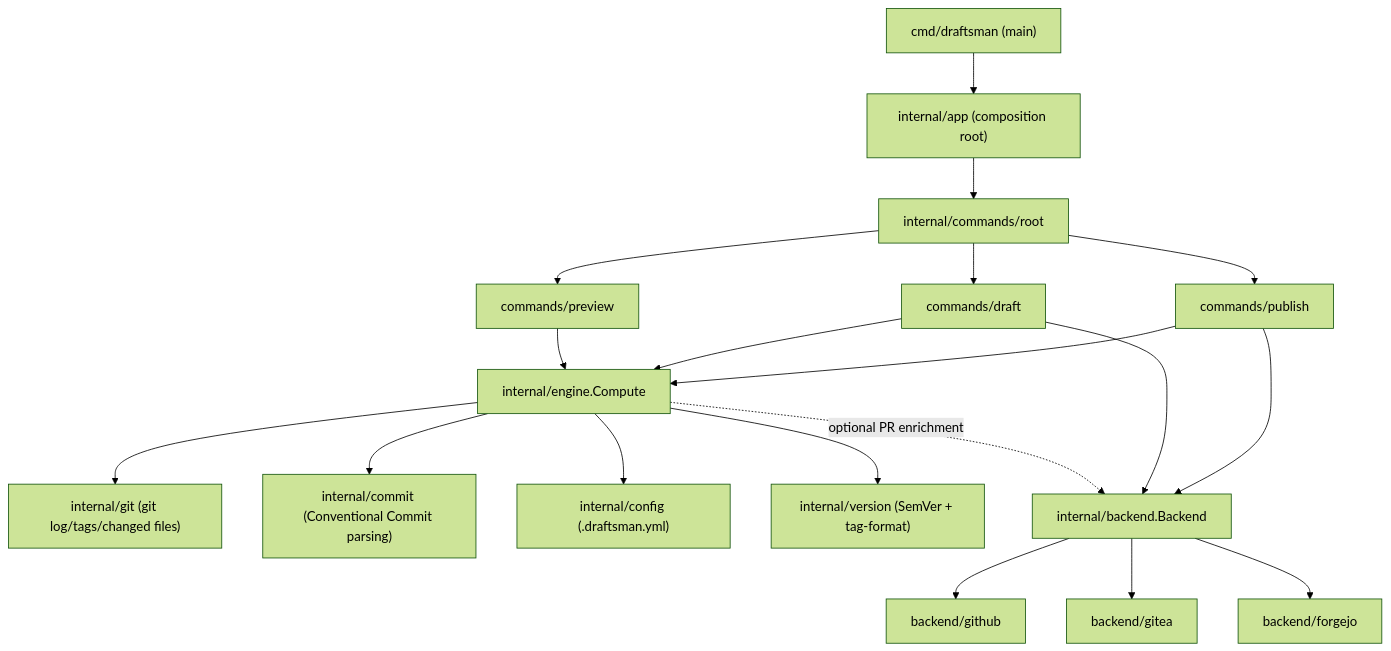
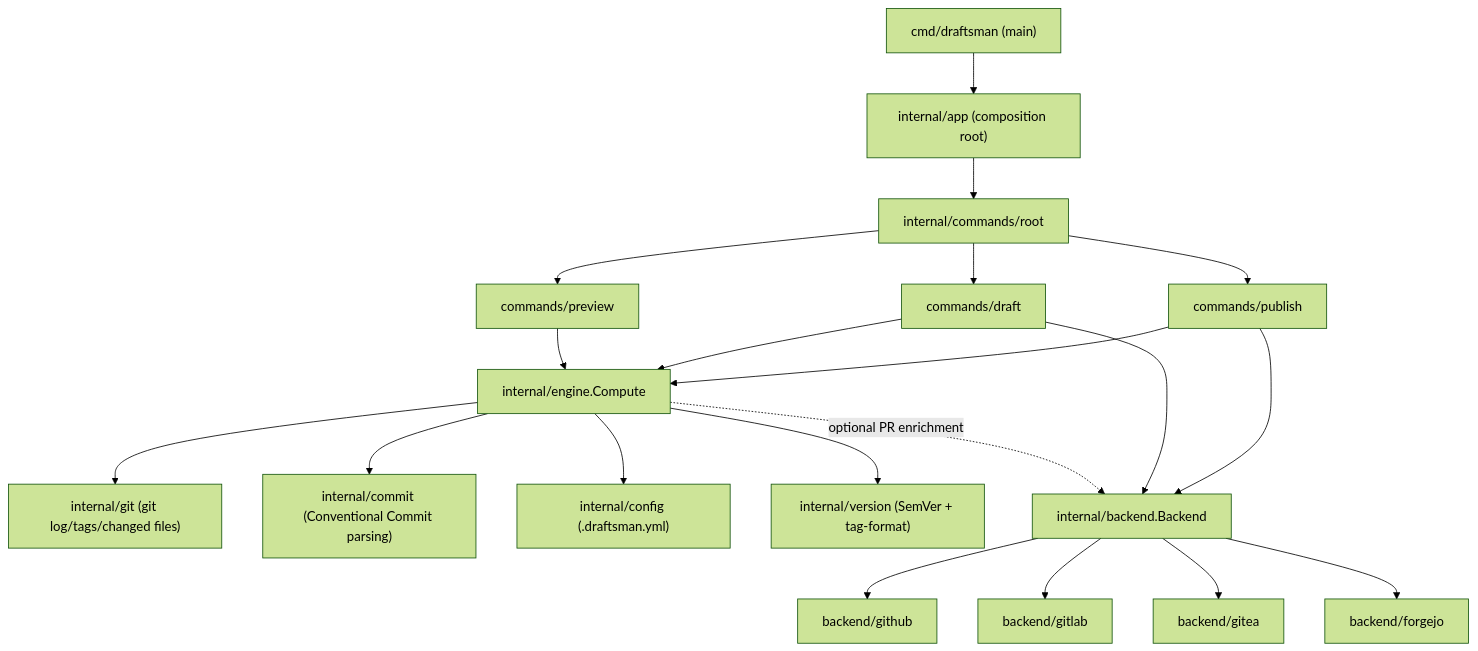
Before and after one commit to brpaz/draftsman: the diagram in docs/development/architecture.md, drawn with Mermaid (forest theme). The commit also changed other lines of this file and 20 other files, not shown here.

````diff
--- a/docs/development/architecture.md
+++ b/docs/development/architecture.md
@@ -5,25 +5,26 @@
 ```mermaid
 graph TD
     main["cmd/draftsman (main)"] --> app["internal/app (composition root)"]
     app --> root["internal/commands/root"]
     root --> preview["commands/preview"]
     root --> draft["commands/draft"]
     root --> publish["commands/publish"]
 
     preview --> engine["internal/engine.Compute"]
     draft --> engine
     publish --> engine
 
     engine --> git["internal/git (git log/tags/changed files)"]
     engine --> commit["internal/commit (Conventional Commit parsing)"]
     engine --> config["internal/config (.draftsman.yml)"]
     engine --> version["internal/version (SemVer + tag-format)"]
     engine -.optional PR enrichment.-> backend["internal/backend.Backend"]
 
     draft --> backend
     publish --> backend
 
     backend --> gh["backend/github"]
+    backend --> gl["backend/gitlab"]
     backend --> gitea["backend/gitea"]
     backend --> forgejo["backend/forgejo"]
 ```
````
